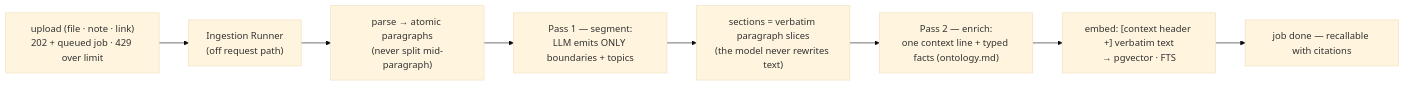
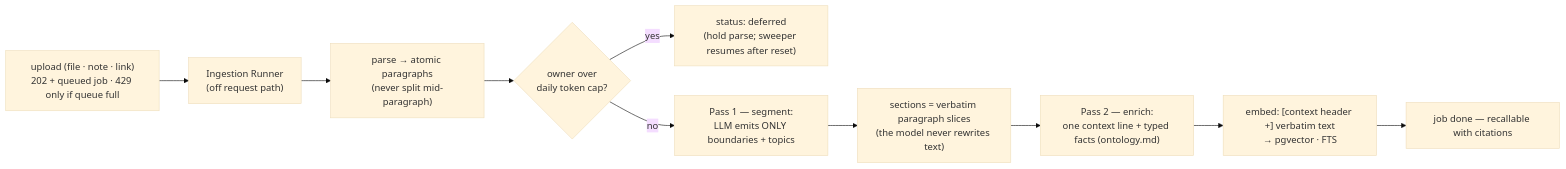
One commit to CobbleStamp/CobbleCompanion changed the eighth of 8 diagrams in docs/architecture.md. Above: the diagram before and after it, drawn with Mermaid (base theme). The commit also changed other lines of this file and 60 other files, not shown here.

````diff
--- a/docs/architecture.md
+++ b/docs/architecture.md
@@ -293,10 +294,12 @@
 ```mermaid
 flowchart LR
-    UP["upload (file · note · link)<br/>202 + queued job · 429 over limit"] --> RUN["Ingestion Runner<br/>(off request path)"]
+    UP["upload (file · note · link)<br/>202 + queued job · 429 only if queue full"] --> RUN["Ingestion Runner<br/>(off request path)"]
     RUN --> PARSE["parse → atomic paragraphs<br/>(never split mid-paragraph)"]
-    PARSE --> P1["Pass 1 — segment:<br/>LLM emits ONLY boundaries + topics"]
+    PARSE --> GATE{"owner over<br/>daily token cap?"}
+    GATE -->|yes| DEFER["status: deferred<br/>(hold parse; sweeper resumes after reset)"]
+    GATE -->|no| P1["Pass 1 — segment:<br/>LLM emits ONLY boundaries + topics"]
     P1 --> SECT["sections = verbatim paragraph slices<br/>(the model never rewrites text)"]
     SECT --> P2["Pass 2 — enrich:<br/>one context line + typed facts (ontology.md)"]
     P2 --> EMB["embed: [context header +] verbatim text<br/>→ pgvector · FTS"]
     EMB --> DONE["job done — recallable with citations"]
 ```
````
